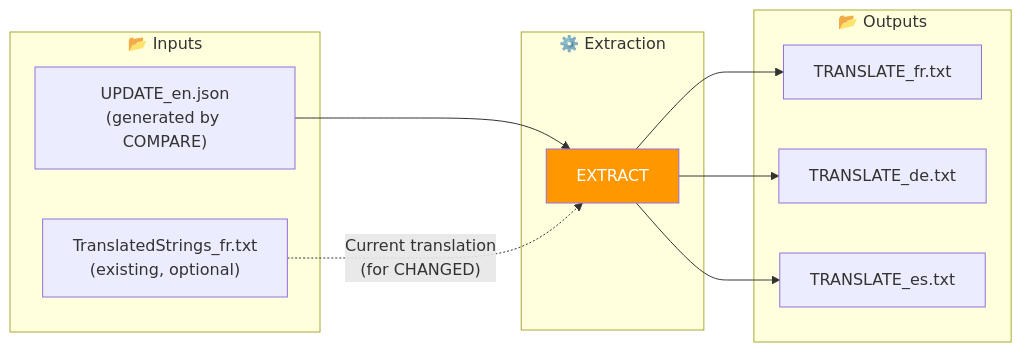
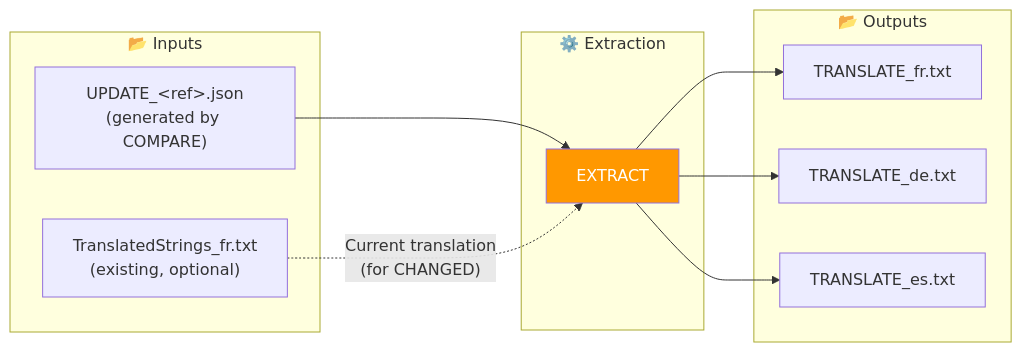
Before and after one commit to Gotcha26/Adobe_Lightroom_Translation_Plugins_Kit: the first of 2 diagrams in tools/translator/__doc__/en/commands/EXTRACT.md, drawn with Mermaid. The commit also changed other lines of this file and 28 other files, not shown here.

````diff
--- a/tools/translator/__doc__/en/commands/EXTRACT.md
+++ b/tools/translator/__doc__/en/commands/EXTRACT.md
@@ -17,23 +17,23 @@
 ```mermaid
 flowchart LR
     subgraph Input["📂 Inputs"]
-        I1["UPDATE_en.json<br/>(generated by COMPARE)"]
+        I1["UPDATE_&lt;ref&gt;.json<br/>(generated by COMPARE)"]
         I2["TranslatedStrings_fr.txt<br/>(existing, optional)"]
     end
 
     subgraph Process["⚙️ Extraction"]
         P["EXTRACT"]
     end
 
     subgraph Output["📂 Outputs"]
         O1["TRANSLATE_fr.txt"]
         O2["TRANSLATE_de.txt"]
         O3["TRANSLATE_es.txt"]
     end
 
     I1 --> P
     I2 -.->|"Current translation<br/>(for CHANGED)"| P
     P --> O1 & O2 & O3
 
     style P fill:#FF9800,color:#fff
 ```
````
